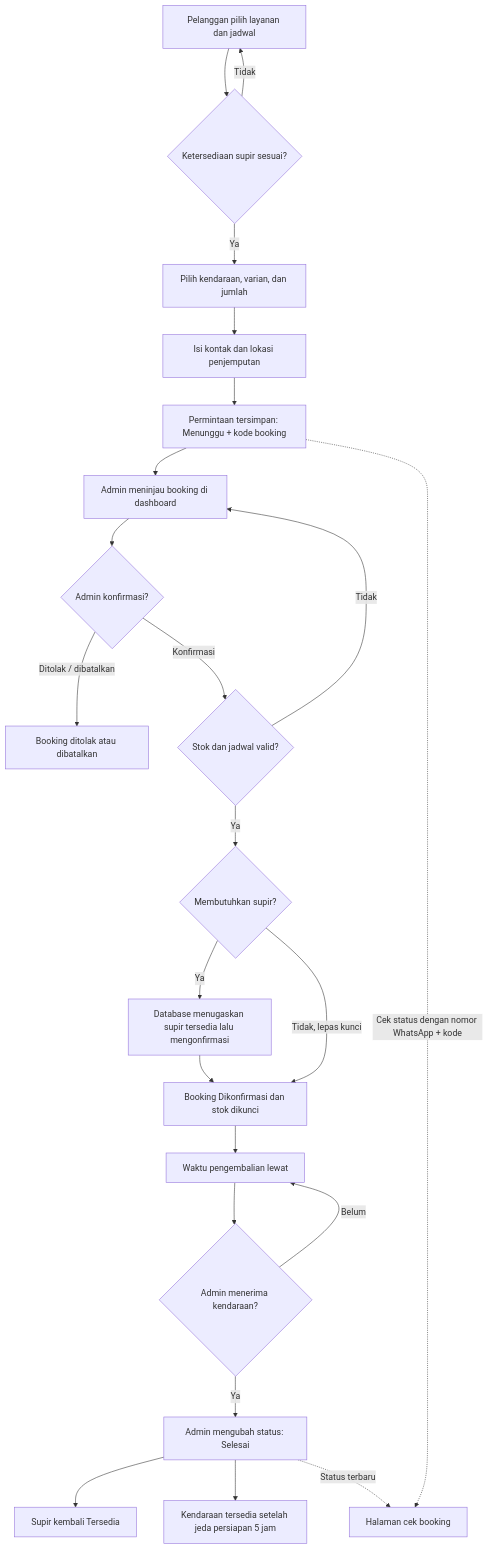
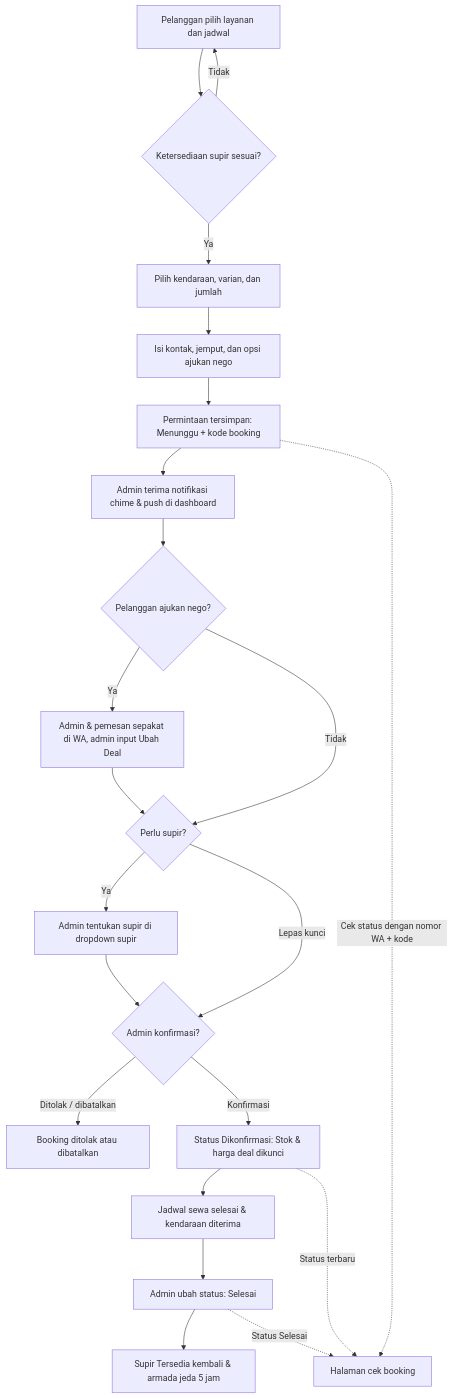
One commit to Raihanhidayah12/khalisa-rent-car changed the diagram in RAB_WEBSITE.md. Above: the diagram before and after it, drawn with Mermaid. The commit also changed other lines of this file and 1 other file, not shown here.

Commit message:
docs: perbarui README dan RAB dengan fitur nego, push notifikasi audio, dan kestabilan admin

````diff
--- a/RAB_WEBSITE.md
+++ b/RAB_WEBSITE.md
@@ -96,25 +97,24 @@
 ```mermaid
 flowchart TD
 	A[Pelanggan pilih layanan dan jadwal] --> B{Ketersediaan supir sesuai?}
 	B -- Tidak --> A
 	B -- Ya --> C[Pilih kendaraan, varian, dan jumlah]
-	C --> D[Isi kontak dan lokasi penjemputan]
+	C --> D[Isi kontak, jemput, dan opsi ajukan nego]
 	D --> E[Permintaan tersimpan: Menunggu + kode booking]
-	E --> F[Admin meninjau booking di dashboard]
-	F --> G{Admin konfirmasi?}
-	G -- Ditolak / dibatalkan --> H[Booking ditolak atau dibatalkan]
-	G -- Konfirmasi --> I{Stok dan jadwal valid?}
-	I -- Tidak --> F
-	I -- Ya --> J{Membutuhkan supir?}
-	J -- Ya --> K[Database menugaskan supir tersedia lalu mengonfirmasi]
-	J -- Tidak, lepas kunci --> L[Booking Dikonfirmasi dan stok dikunci]
-	K --> L
-	L --> M[Waktu pengembalian lewat]
-	M --> N{Admin menerima kendaraan?}
-	N -- Belum --> M
-	N -- Ya --> O[Admin mengubah status: Selesai]
-	O --> P[Supir kembali Tersedia]
-	O --> Q[Kendaraan tersedia setelah jeda persiapan 5 jam]
-	E -. Cek status dengan nomor WhatsApp + kode .-> R[Halaman cek booking]
-	O -. Status terbaru .-> R
+	E --> F[Admin terima notifikasi chime & push di dashboard]
+	F --> G{Pelanggan ajukan nego?}
+	G -- Ya --> H[Admin & pemesan sepakat di WA, admin input Ubah Deal]
+	G -- Tidak --> I{Perlu supir?}
+	H --> I
+	I -- Ya --> J[Admin tentukan supir di dropdown supir]
+	I -- Lepas kunci --> K{Admin konfirmasi?}
+	J --> K
+	K -- Ditolak / dibatalkan --> L[Booking ditolak atau dibatalkan]
+	K -- Konfirmasi --> M[Status Dikonfirmasi: Stok & harga deal dikunci]
+	M --> N[Jadwal sewa selesai & kendaraan diterima]
+	N --> O[Admin ubah status: Selesai]
+	O --> P[Supir Tersedia kembali & armada jeda 5 jam]
+	E -. Cek status dengan nomor WA + kode .-> Q[Halaman cek booking]
+	M -. Status terbaru .-> Q
+	O -. Status Selesai .-> Q
 ```
````
